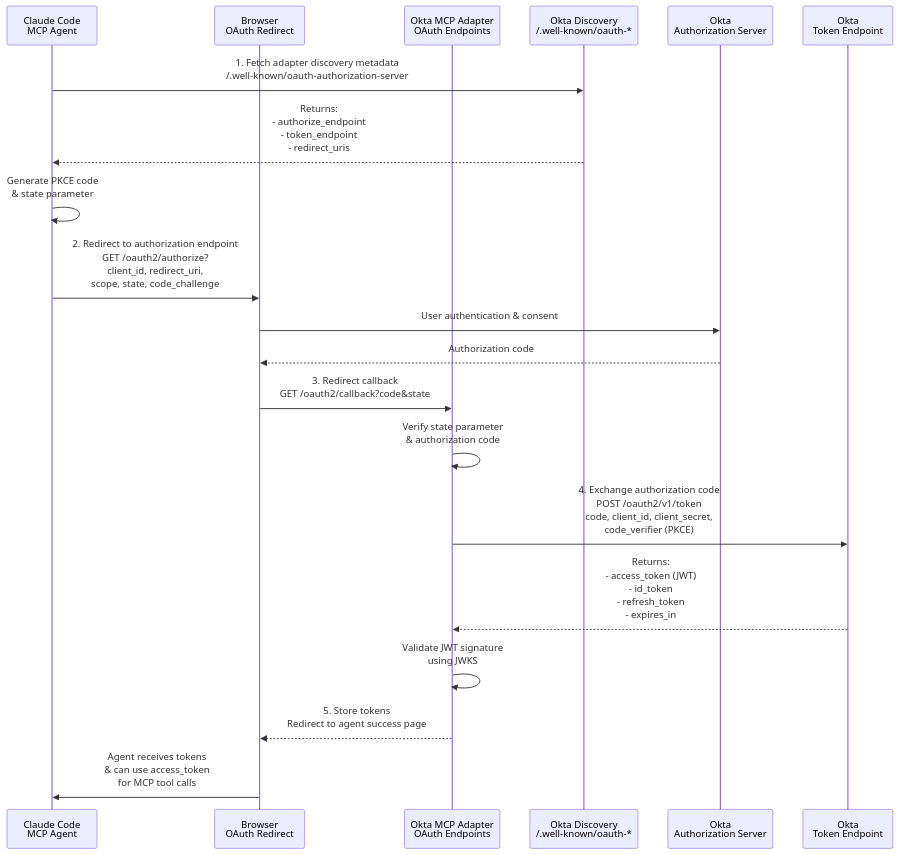
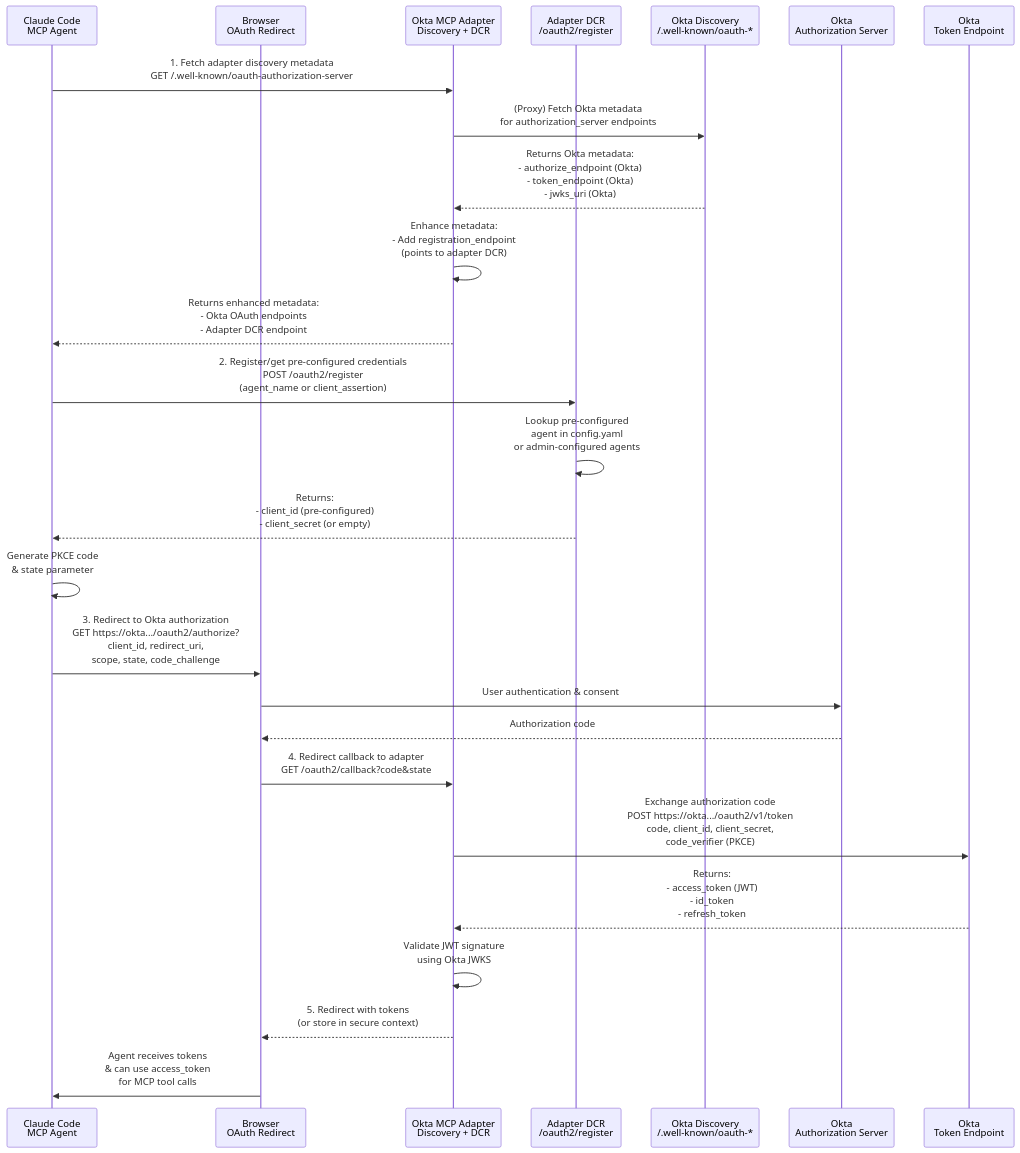
The second of 4 diagrams in GATEWAY_ARCHITECTURE.md (indranilokg/okta-agent-mcp-adapter), drawn with Mermaid before and after one commit. The commit also changed other lines of this file, not shown here.

Commit message:
Sequence Flow

````diff
--- a/GATEWAY_ARCHITECTURE.md
+++ b/GATEWAY_ARCHITECTURE.md
@@ -151,35 +159,46 @@
 ```mermaid
 sequenceDiagram
     participant Agent as Claude Code<br/>MCP Agent
     participant Browser as Browser<br/>OAuth Redirect
-    participant Adapter as Okta MCP Adapter<br/>OAuth Endpoints
-    participant Discovery as Okta Discovery<br/>/.well-known/oauth-*
+    participant Adapter as Okta MCP Adapter<br/>Discovery + DCR
+    participant DCREndpoint as Adapter DCR<br/>/oauth2/register
+    participant OktaDisc as Okta Discovery<br/>/.well-known/oauth-*
     participant AuthzServer as Okta<br/>Authorization Server
     participant Token as Okta<br/>Token Endpoint
 
-    Agent->>Discovery: 1. Fetch adapter discovery metadata<br/>/.well-known/oauth-authorization-server
+    Agent->>Adapter: 1. Fetch adapter discovery metadata<br/>GET /.well-known/oauth-authorization-server
     
-    Discovery-->>Agent: Returns:<br/>- authorize_endpoint<br/>- token_endpoint<br/>- redirect_uris
+    Adapter->>OktaDisc: (Proxy) Fetch Okta metadata<br/>for authorization_server endpoints
+    
+    OktaDisc-->>Adapter: Returns Okta metadata:<br/>- authorize_endpoint (Okta)<br/>- token_endpoint (Okta)<br/>- jwks_uri (Okta)
+    
+    Adapter->>Adapter: Enhance metadata:<br/>- Add registration_endpoint<br/>(points to adapter DCR)
+    
+    Adapter-->>Agent: Returns enhanced metadata:<br/>- Okta OAuth endpoints<br/>- Adapter DCR endpoint
+    
+    Agent->>DCREndpoint: 2. Register/get pre-configured credentials<br/>POST /oauth2/register<br/>(agent_name or client_assertion)
+    
+    DCREndpoint->>DCREndpoint: Lookup pre-configured<br/>agent in config.yaml<br/>or admin-configured agents
+    
+    DCREndpoint-->>Agent: Returns:<br/>- client_id (pre-configured)<br/>- client_secret (or empty)
     
     Agent->>Agent: Generate PKCE code<br/>& state parameter
     
-    Agent->>Browser: 2. Redirect to authorization endpoint<br/>GET /oauth2/authorize?<br/>client_id, redirect_uri,<br/>scope, state, code_challenge
+    Agent->>Browser: 3. Redirect to Okta authorization<br/>GET https://okta.../oauth2/authorize?<br/>client_id, redirect_uri,<br/>scope, state, code_challenge
     
     Browser->>AuthzServer: User authentication & consent
     AuthzServer-->>Browser: Authorization code
     
-    Browser->>Adapter: 3. Redirect callback<br/>GET /oauth2/callback?code&state
+    Browser->>Adapter: 4. Redirect callback to adapter<br/>GET /oauth2/callback?code&state
     
-    Adapter->>Adapter: Verify state parameter<br/>& authorization code
+    Adapter->>Token: Exchange authorization code<br/>POST https://okta.../oauth2/v1/token<br/>code, client_id, client_secret,<br/>code_verifier (PKCE)
     
-    Adapter->>Token: 4. Exchange authorization code<br/>POST /oauth2/v1/token<br/>code, client_id, client_secret,<br/>code_verifier (PKCE)
+    Token-->>Adapter: Returns:<br/>- access_token (JWT)<br/>- id_token<br/>- refresh_token
     
-    Token-->>Adapter: Returns:<br/>- access_token (JWT)<br/>- id_token<br/>- refresh_token<br/>- expires_in
+    Adapter->>Adapter: Validate JWT signature<br/>using Okta JWKS
     
-    Adapter->>Adapter: Validate JWT signature<br/>using JWKS
-    
-    Adapter-->>Browser: 5. Store tokens<br/>Redirect to agent success page
+    Adapter-->>Browser: 5. Redirect with tokens<br/>(or store in secure context)
     
     Browser->>Agent: Agent receives tokens<br/>& can use access_token<br/>for MCP tool calls
 
 ```
````
